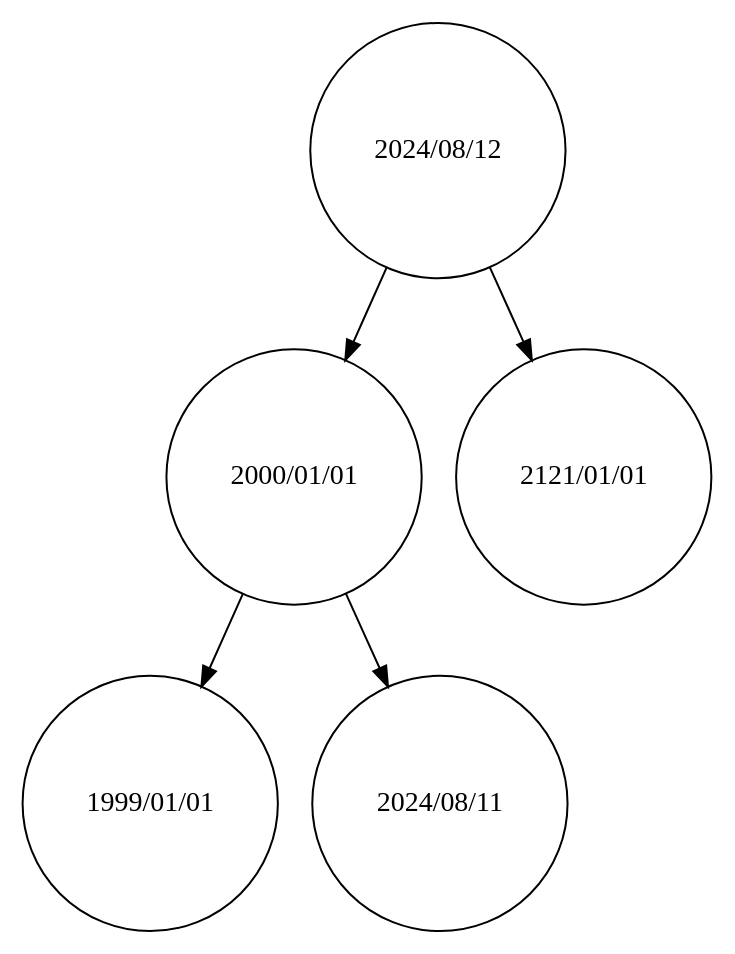
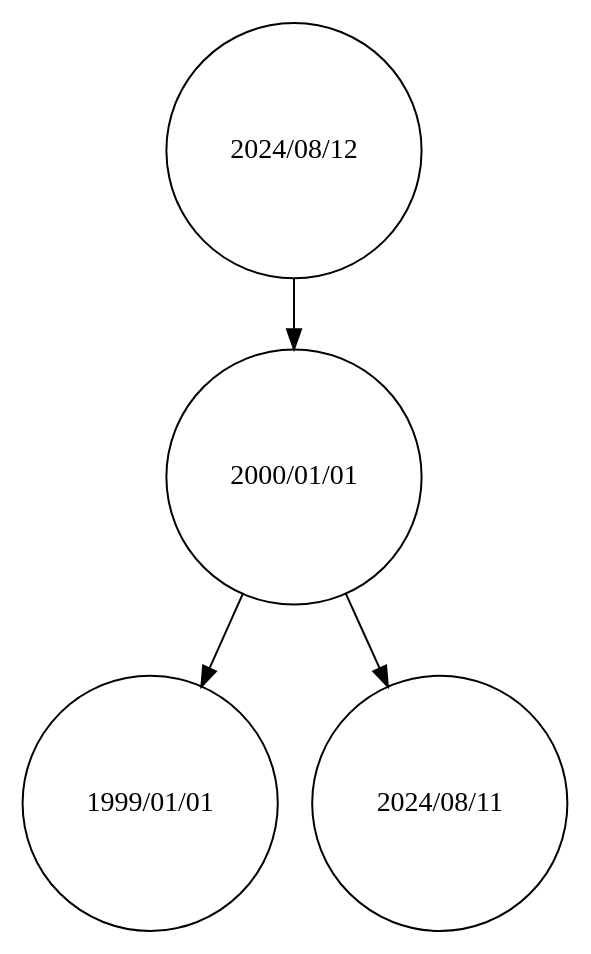
The diagram in Fase2/main/build/Desktop_Qt_6_7_2_MinGW_64_bit-Debug/ArbolBB.dot (Kevin-alvarez1/PROYECTO_MULTIFASES_RED_SOCIAL), drawn with Graphviz before and after one commit. The commit also changed 14 other files, not shown here.

```diff
--- a/Fase2/main/build/Desktop_Qt_6_7_2_MinGW_64_bit-Debug/ArbolBB.dot
+++ b/Fase2/main/build/Desktop_Qt_6_7_2_MinGW_64_bit-Debug/ArbolBB.dot
@@ -1,7 +1,6 @@
 digraph BSTTree {
 node [shape=circle];
 "2024/08/12" -> "2000/01/01";
 "2000/01/01" -> "1999/01/01";
 "2000/01/01" -> "2024/08/11";
-"2024/08/12" -> "2121/01/01";
 }
```
